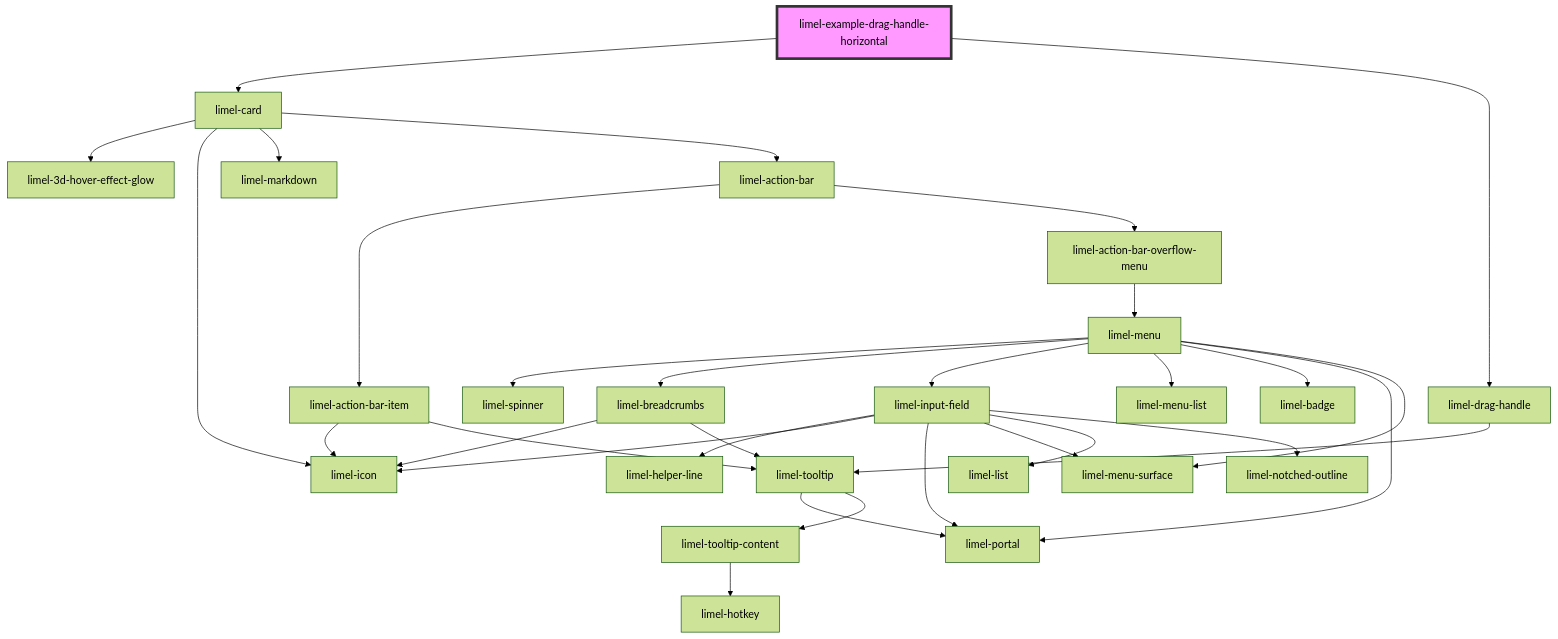
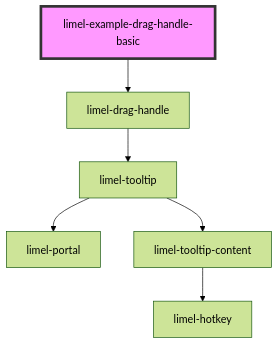
One commit to Lundalogik/lime-elements changed the diagram in versions/PR-4425/markdown-docs/components/drag-handle/examples/readme.md. Above: the diagram before and after it, drawn with Mermaid (forest theme). The commit also changed other lines of this file and 592 other files, not shown here.

````diff
--- a/versions/PR-4425/markdown-docs/components/drag-handle/examples/readme.md
+++ b/versions/PR-4425/markdown-docs/components/drag-handle/examples/readme.md
@@ -19,34 +17,9 @@
 ```mermaid
 graph TD;
-  limel-example-drag-handle-horizontal --> limel-card
-  limel-example-drag-handle-horizontal --> limel-drag-handle
-  limel-card --> limel-3d-hover-effect-glow
-  limel-card --> limel-icon
-  limel-card --> limel-markdown
-  limel-card --> limel-action-bar
-  limel-action-bar --> limel-action-bar-item
-  limel-action-bar --> limel-action-bar-overflow-menu
-  limel-action-bar-item --> limel-icon
-  limel-action-bar-item --> limel-tooltip
+  limel-example-drag-handle-basic --> limel-drag-handle
+  limel-drag-handle --> limel-tooltip
   limel-tooltip --> limel-portal
   limel-tooltip --> limel-tooltip-content
   limel-tooltip-content --> limel-hotkey
-  limel-action-bar-overflow-menu --> limel-menu
-  limel-menu --> limel-spinner
-  limel-menu --> limel-breadcrumbs
-  limel-menu --> limel-input-field
-  limel-menu --> limel-menu-list
-  limel-menu --> limel-badge
-  limel-menu --> limel-portal
-  limel-menu --> limel-menu-surface
-  limel-breadcrumbs --> limel-icon
-  limel-breadcrumbs --> limel-tooltip
-  limel-input-field --> limel-helper-line
-  limel-input-field --> limel-icon
-  limel-input-field --> limel-portal
-  limel-input-field --> limel-menu-surface
-  limel-input-field --> limel-list
-  limel-input-field --> limel-notched-outline
-  limel-drag-handle --> limel-tooltip
-  style limel-example-drag-handle-horizontal fill:#f9f,stroke:#333,stroke-width:4px
+  style limel-example-drag-handle-basic fill:#f9f,stroke:#333,stroke-width:4px
 ```
````
